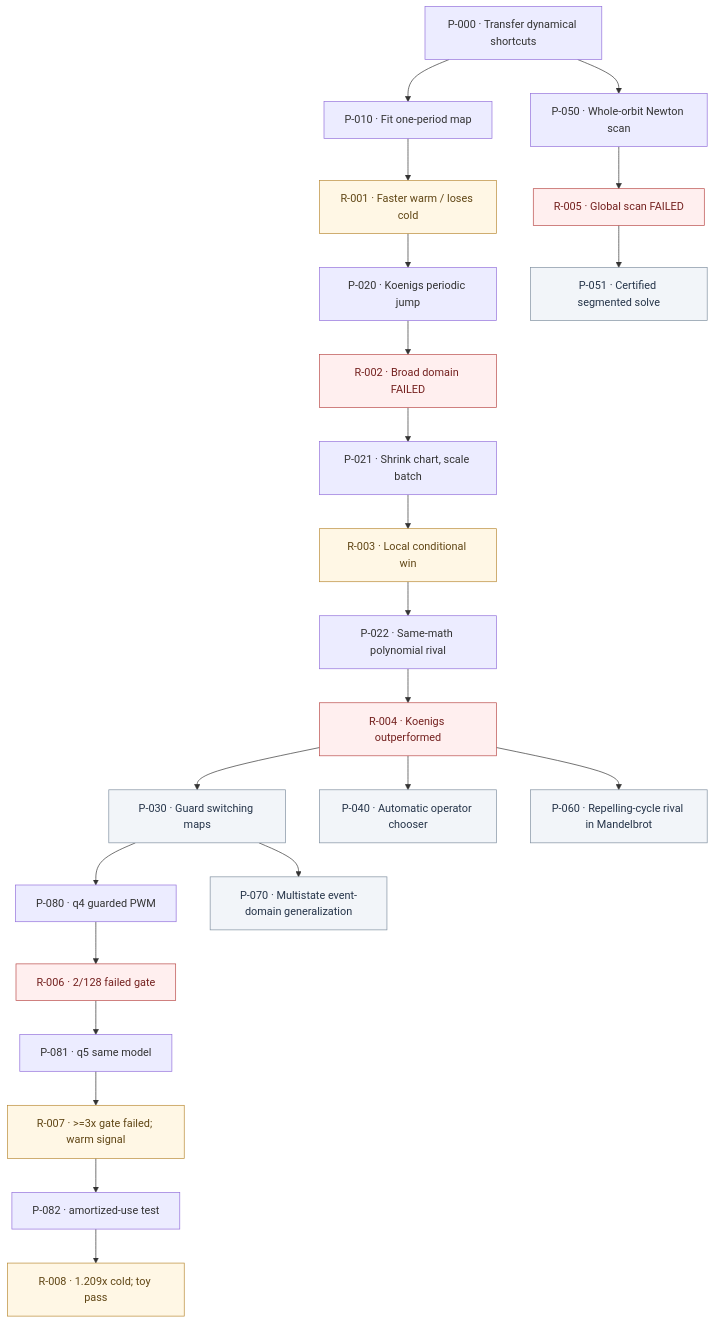
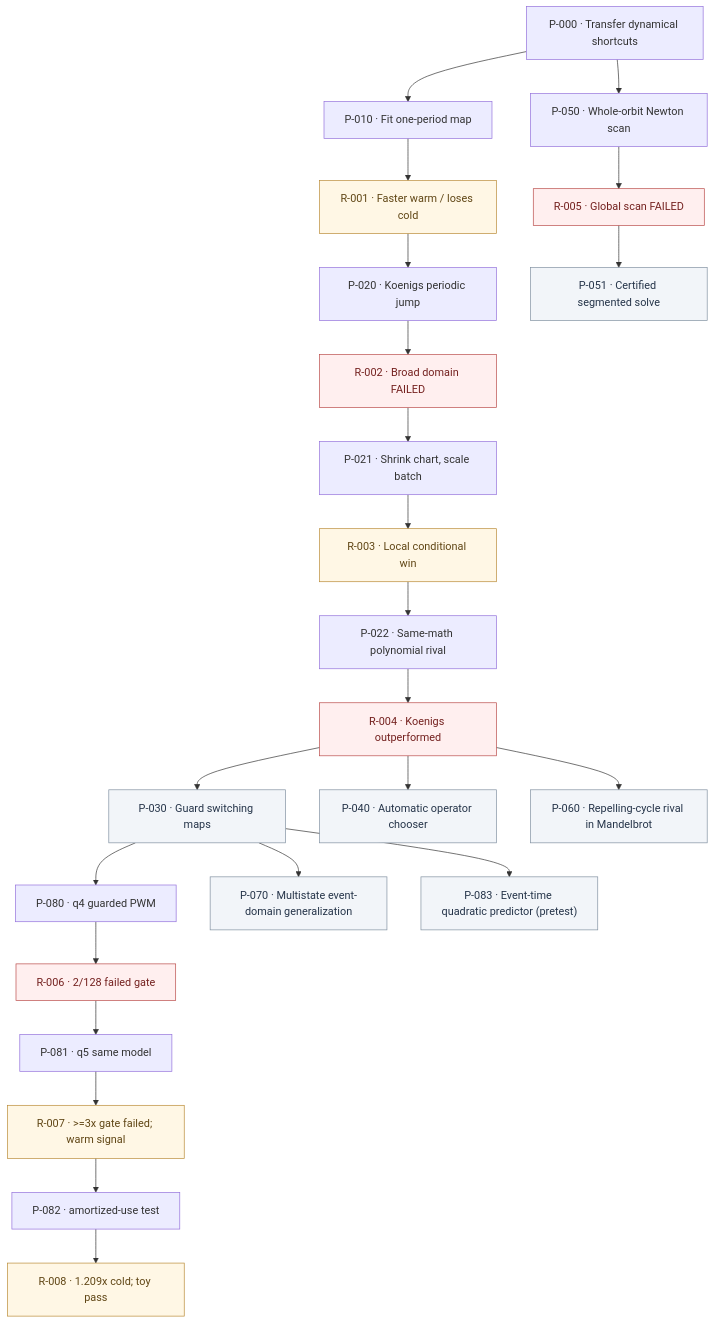
Before and after one commit to junovhs/fractodactyl: the diagram in MAP.md, drawn with Mermaid. The commit also changed other lines of this file and 3 other files, not shown here.

````diff
--- a/MAP.md
+++ b/MAP.md
@@ -5,30 +5,31 @@
 ```mermaid
 flowchart TD
   P000["P-000 · Transfer dynamical shortcuts"] --> P010["P-010 · Fit one-period map"]
   P010 --> R001["R-001 · Faster warm / loses cold"]
   R001 --> P020["P-020 · Koenigs periodic jump"]
   P020 --> R002["R-002 · Broad domain FAILED"]
   R002 --> P021["P-021 · Shrink chart, scale batch"]
   P021 --> R003["R-003 · Local conditional win"]
   R003 --> P022["P-022 · Same-math polynomial rival"]
   P022 --> R004["R-004 · Koenigs outperformed"]
   R004 --> P030["P-030 · Guard switching maps"]
   R004 --> P040["P-040 · Automatic operator chooser"]
   R004 --> P060["P-060 · Repelling-cycle rival in Mandelbrot"]
   P000 --> P050["P-050 · Whole-orbit Newton scan"]
   P050 --> R005["R-005 · Global scan FAILED"]
   R005 --> P051["P-051 · Certified segmented solve"]
   P030 --> P080["P-080 · q4 guarded PWM"]
   P080 --> R006["R-006 · 2/128 failed gate"]
   R006 --> P081["P-081 · q5 same model"]
   P081 --> R007["R-007 · >=3x gate failed; warm signal"]
   R007 --> P082["P-082 · amortized-use test"]
   P082 --> R008["R-008 · 1.209x cold; toy pass"]
   P030 --> P070["P-070 · Multistate event-domain generalization"]
+  P030 --> P083["P-083 · Event-time quadratic predictor (pretest)"]
   classDef fail fill:#ffefef,stroke:#b94a48,color:#74211f
   classDef maybe fill:#fff7e5,stroke:#b98a35,color:#604615
   classDef untested fill:#f2f5f9,stroke:#8090a0,color:#253449
   class R002,R004,R005,R006 fail
   class R001,R003,R007,R008 maybe
-  class P030,P040,P051,P060,P070 untested
+  class P030,P040,P051,P060,P070,P083 untested
 ```
````
